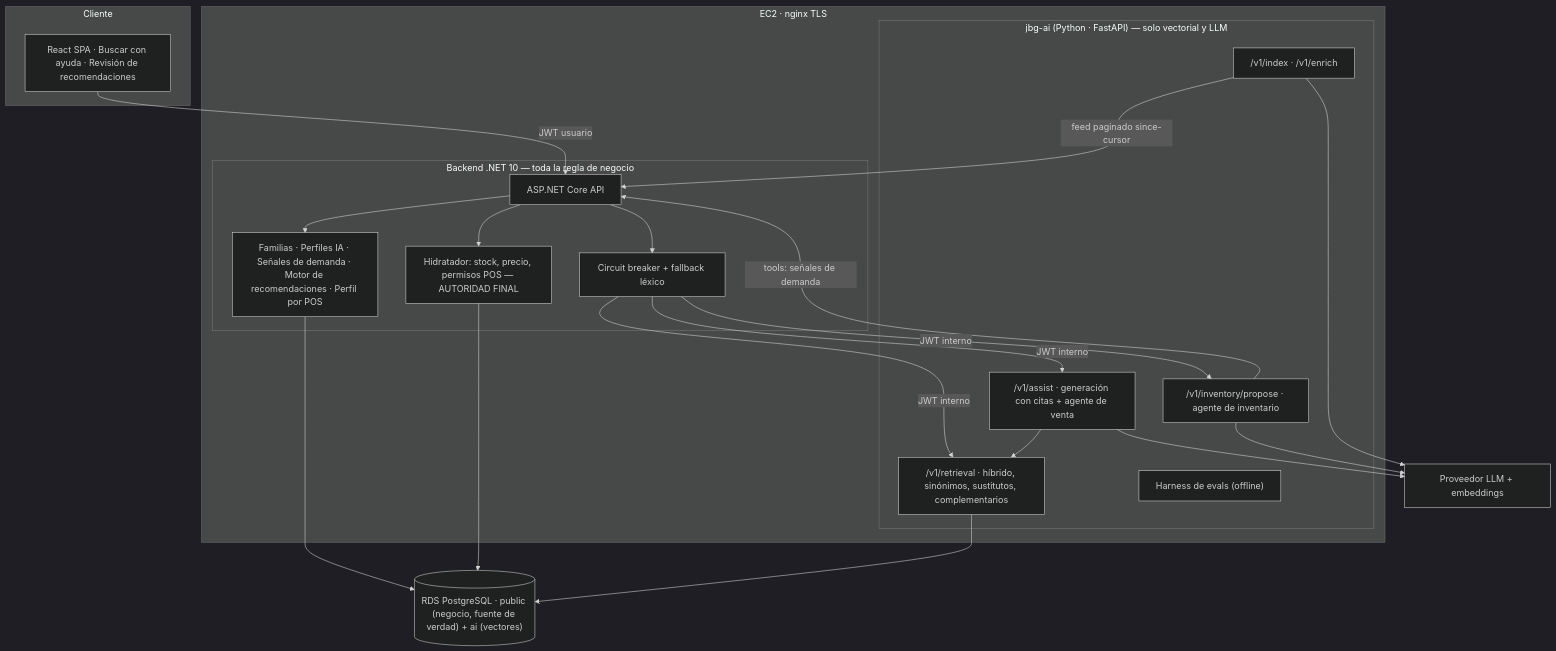
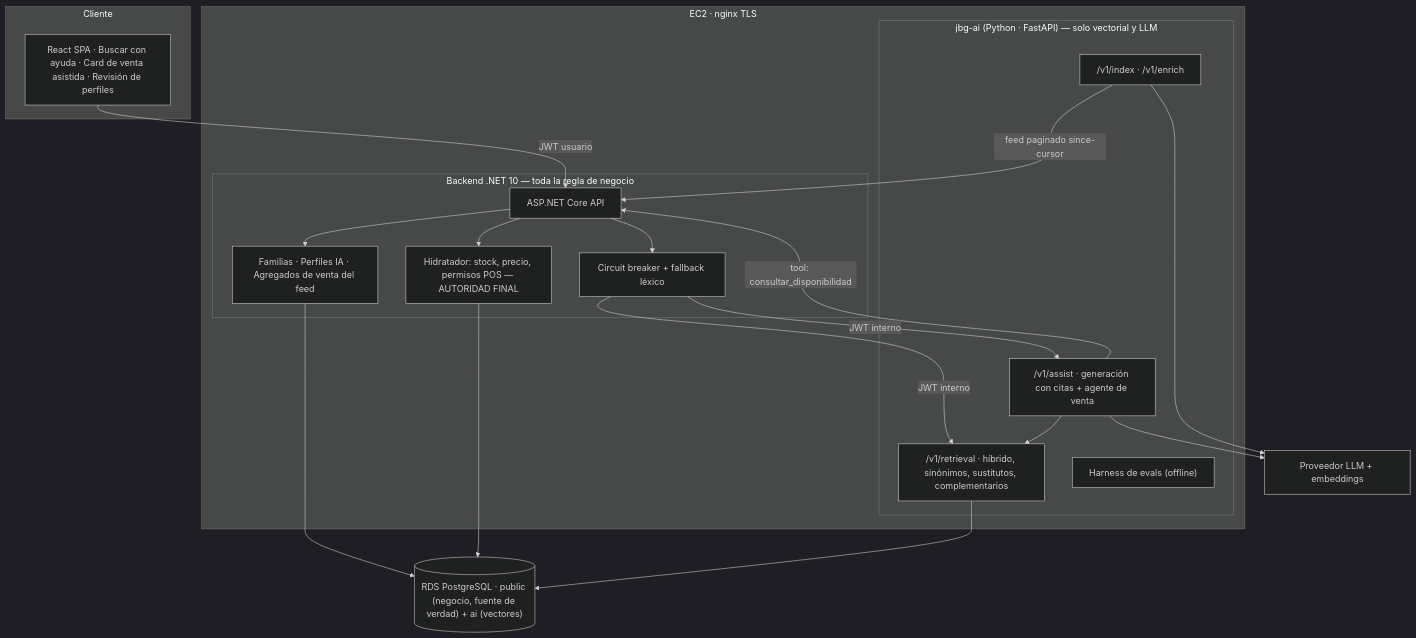
The diagram in Documentos/Proyecto Final AIEng/proyecto-final-diseno-rag-joiabagur.md (skydr4g0n-it/joiabagur-pv), drawn with Mermaid (dark theme) before and after one commit. The commit also changed other lines of this file and 1 other file, not shown here.

````diff
--- a/Documentos/Proyecto Final AIEng/proyecto-final-diseno-rag-joiabagur.md
+++ b/Documentos/Proyecto Final AIEng/proyecto-final-diseno-rag-joiabagur.md
@@ -153,42 +157,39 @@
 ```mermaid
 flowchart TB
     subgraph cliente["Cliente"]
-        SPA["React SPA · Buscar con ayuda · Revisión de recomendaciones"]
+        SPA["React SPA · Buscar con ayuda · Card de venta asistida · Revisión de perfiles"]
     end
 
     subgraph ec2["EC2 · nginx TLS"]
         subgraph net["Backend .NET 10 — toda la regla de negocio"]
             API["ASP.NET Core API"]
-            BIZ["Familias · Perfiles IA · Señales de demanda · Motor de recomendaciones · Perfil por POS"]
+            BIZ["Familias · Perfiles IA · Agregados de venta del feed"]
             HYD["Hidratador: stock, precio, permisos POS — AUTORIDAD FINAL"]
             CB["Circuit breaker + fallback léxico"]
         end
         subgraph py["jbg-ai (Python · FastAPI) — solo vectorial y LLM"]
             R1["/v1/retrieval · híbrido, sinónimos, sustitutos, complementarios"]
             R2["/v1/assist · generación con citas + agente de venta"]
-            R3["/v1/inventory/propose · agente de inventario"]
             R4["/v1/index · /v1/enrich"]
             EV["Harness de evals (offline)"]
         end
     end
 
     DB[("RDS PostgreSQL · public (negocio, fuente de verdad) + ai (vectores)")]
     LLM["Proveedor LLM + embeddings"]
 
     SPA -->|JWT usuario| API
     API --> CB
     CB -->|JWT interno| R1
     CB -->|JWT interno| R2
-    CB -->|JWT interno| R3
     R4 -->|feed paginado since-cursor| API
-    R3 -->|tools: señales de demanda| API
+    R2 -->|tool: consultar_disponibilidad| API
     API --> BIZ
     BIZ --> DB
     API --> HYD
     HYD --> DB
     R1 --> DB
     R2 --> R1
     R2 --> LLM
-    R3 --> LLM
     R4 --> LLM
 ```
````
